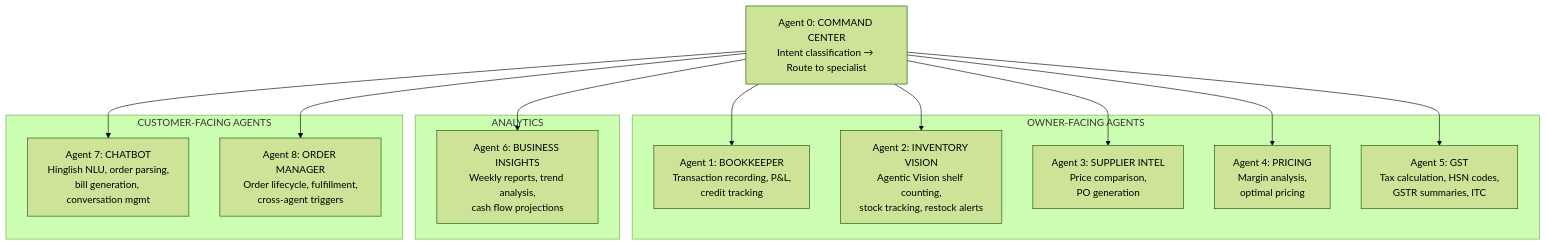
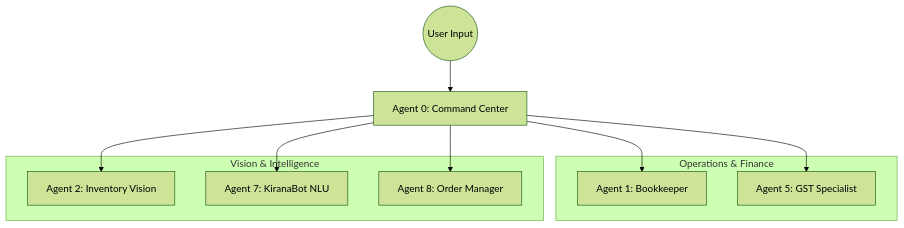
Before and after one commit to AdityaKrSingh26/Datini: the diagram in README.md, drawn with Mermaid (forest theme). The commit also changed other lines of this file, not shown here.

````diff
--- a/README.md
+++ b/README.md
@@ -286,23 +48,18 @@
 ```mermaid
-flowchart TB
-    A0["Agent 0: COMMAND CENTER\nIntent classification → Route to specialist"]
-
-    subgraph OWNER_AGENTS["OWNER-FACING AGENTS"]
-        A1["Agent 1: BOOKKEEPER\nTransaction recording, P&L,\ncredit tracking"]
-        A2["Agent 2: INVENTORY VISION\nAgentic Vision shelf counting,\nstock tracking, restock alerts"]
-        A3["Agent 3: SUPPLIER INTEL\nPrice comparison,\nPO generation"]
-        A4["Agent 4: PRICING\nMargin analysis,\noptimal pricing"]
-        A5["Agent 5: GST\nTax calculation, HSN codes,\nGSTR summaries, ITC"]
+flowchart TD
+    User((User Input)) --> A0[Agent 0: Command Center]
+    A0 --> A1[Agent 1: Bookkeeper]
+    A0 --> A2[Agent 2: Inventory Vision]
+    A0 --> A5[Agent 5: GST Specialist]
+    A0 --> A7[Agent 7: KiranaBot NLU]
+    A0 --> A8[Agent 8: Order Manager]
+    
+    subgraph "Operations & Finance"
+    A1 & A5
+    end
+    
+    subgraph "Vision & Intelligence"
+    A2 & A7 & A8
     end
 
-    subgraph ANALYTICS_AGENTS["ANALYTICS"]
-        A6["Agent 6: BUSINESS INSIGHTS\nWeekly reports, trend analysis,\ncash flow projections"]
-    end
-
-    subgraph CUSTOMER_AGENTS["CUSTOMER-FACING AGENTS"]
-        A7["Agent 7: CHATBOT\nHinglish NLU, order parsing,\nbill generation, conversation mgmt"]
-        A8["Agent 8: ORDER MANAGER\nOrder lifecycle, fulfillment,\ncross-agent triggers"]
-    end
-
-    A0 --> A1 & A2 & A3 & A4 & A5 & A6 & A7 & A8
 ```
````
